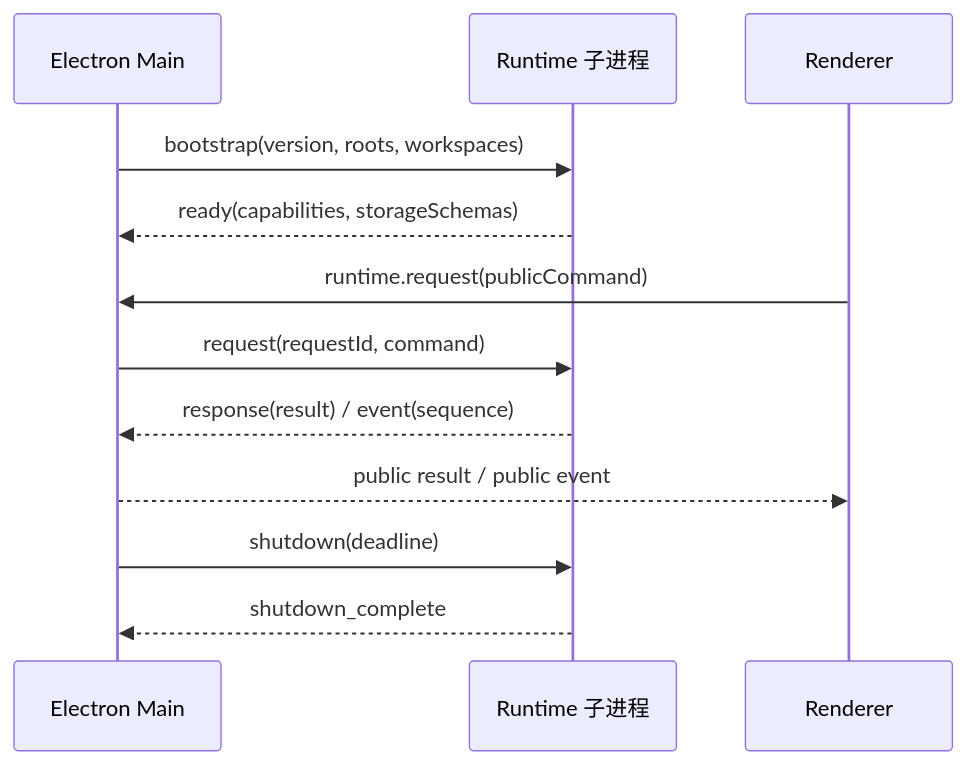
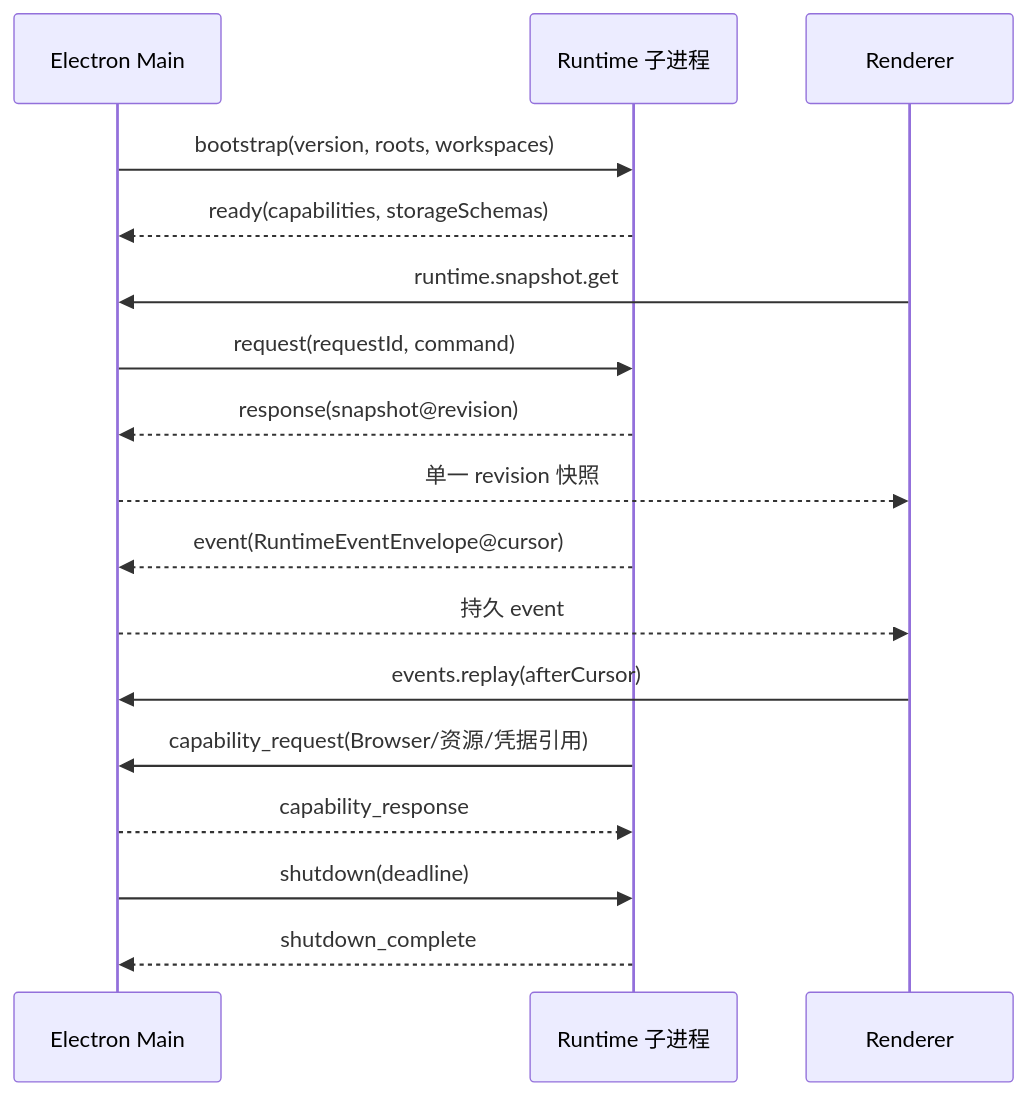
The second of 2 diagrams in docs/architecture.md (Atikou/Ariadne), drawn with Mermaid before and after one commit. The commit also changed other lines of this file and 9 other files, not shown here.

Commit message:
docs: align architecture and verification evidence

````diff
--- a/docs/architecture.md
+++ b/docs/architecture.md
@@ -50,14 +53,19 @@
 ```mermaid
 sequenceDiagram
   participant Main as Electron Main
   participant Runtime as Runtime 子进程
   participant UI as Renderer
   Main->>Runtime: bootstrap(version, roots, workspaces)
   Runtime-->>Main: ready(capabilities, storageSchemas)
-  UI->>Main: runtime.request(publicCommand)
+  UI->>Main: runtime.snapshot.get
   Main->>Runtime: request(requestId, command)
-  Runtime-->>Main: response(result) / event(sequence)
-  Main-->>UI: public result / public event
+  Runtime-->>Main: response(snapshot@revision)
+  Main-->>UI: 单一 revision 快照
+  Runtime-->>Main: event(RuntimeEventEnvelope@cursor)
+  Main-->>UI: 持久 event
+  UI->>Main: events.replay(afterCursor)
+  Runtime->>Main: capability_request(Browser/资源/凭据引用)
+  Main-->>Runtime: capability_response
   Main->>Runtime: shutdown(deadline)
   Runtime-->>Main: shutdown_complete
 ```
````
